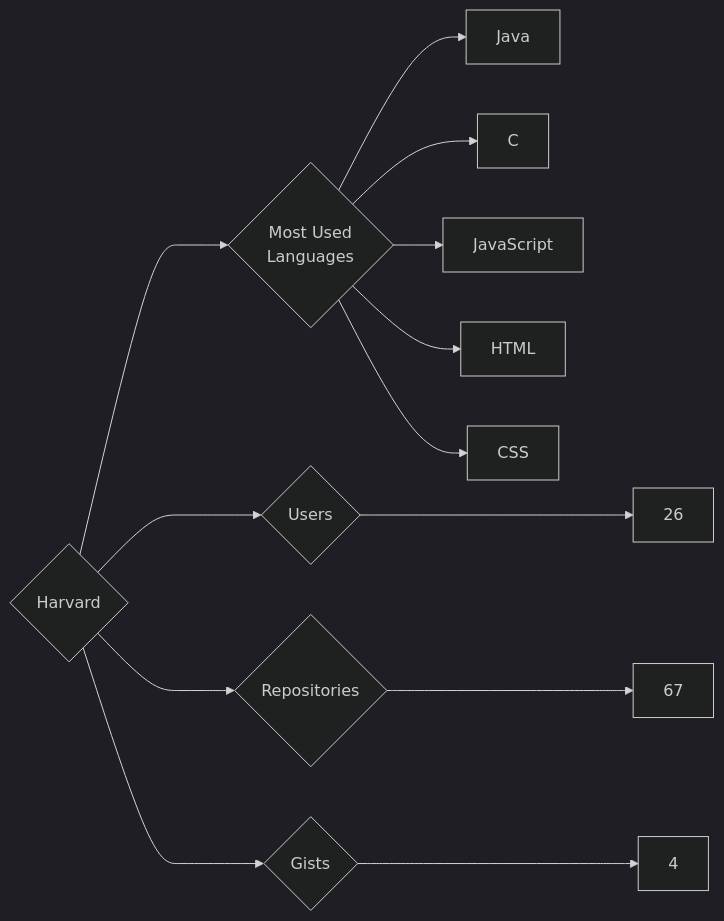
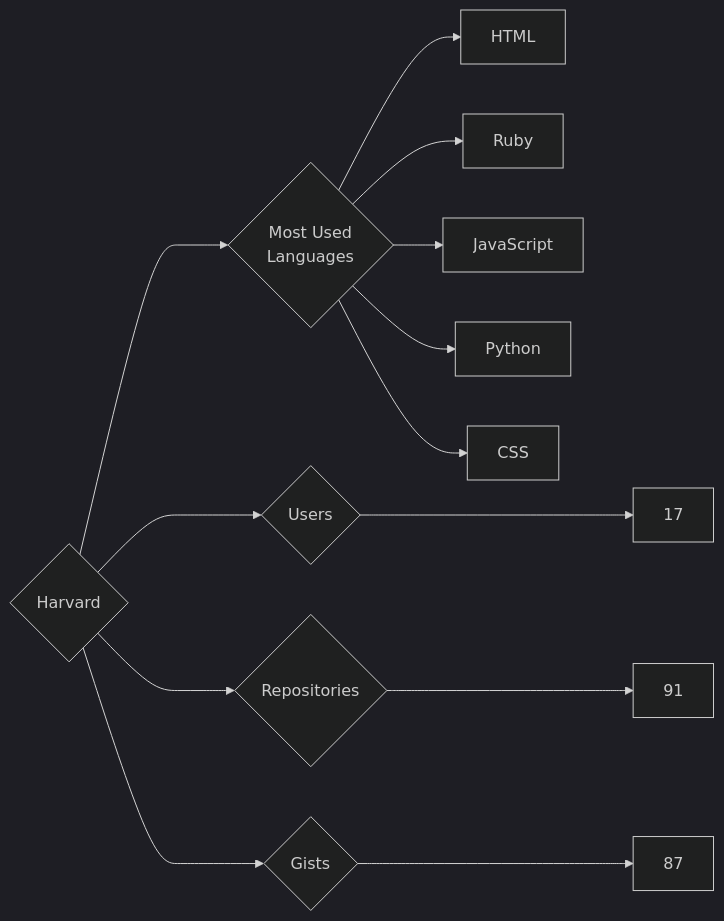
The diagram in targets/Harvard/README.md (trickest/insiders), drawn with Mermaid (dark theme) before and after one commit. The commit also changed 750 other files, not shown here.

````diff
--- a/targets/Harvard/README.md
+++ b/targets/Harvard/README.md
@@ -3,13 +3,13 @@
 ```mermaid
 graph LR
 COMPANY_NAME{Harvard}
-COMPANY_NAME ---> U{Users} ---> UN[26]
-COMPANY_NAME ---> R{Repositories} ---> RN[67]
-COMPANY_NAME ---> G{Gists} ---> GN[4]
+COMPANY_NAME ---> U{Users} ---> UN[17]
+COMPANY_NAME ---> R{Repositories} ---> RN[91]
+COMPANY_NAME ---> G{Gists} ---> GN[87]
 COMPANY_NAME ---> ML{Most Used<br>Languages}
-ML --> Java[Java]
-ML --> C[C]
+ML --> HTML[HTML]
+ML --> Ruby[Ruby]
 ML --> JavaScript[JavaScript]
-ML --> HTML[HTML]
+ML --> Python[Python]
 ML --> CSS[CSS]
 ```
````
